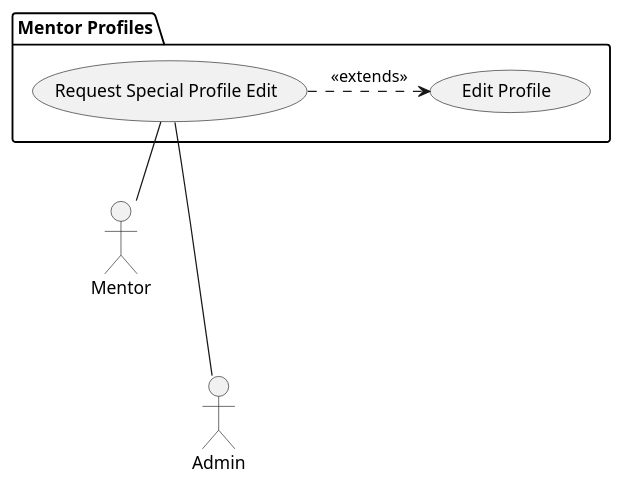
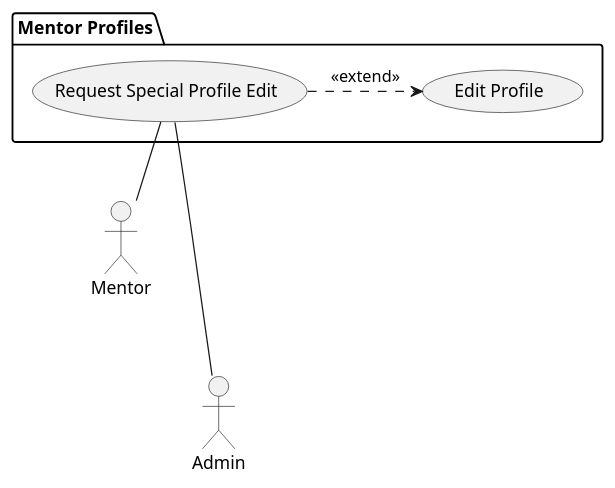
The diagram in Use Cases/RequestSpecialProfileEdit.iuml (bmb0136/COMP-3700-Project), drawn with PlantUML before and after one commit.

Commit message:
make extend singular

```diff
--- a/Use Cases/RequestSpecialProfileEdit.iuml
+++ b/Use Cases/RequestSpecialProfileEdit.iuml
@@ -1,11 +1,11 @@
 @startuml Request Special Profile Edit
 actor :Mentor:
 actor :Admin:
 package "Mentor Profiles" {
   (Request Special Profile Edit) as req
   (Edit Profile) as Edit
-  req .> Edit : <<extends>>
+  req .> Edit : <<extend>>
 }
 Mentor -up- req
 Admin -up-- req
 @enduml
```
